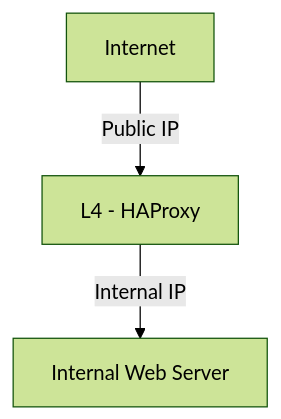
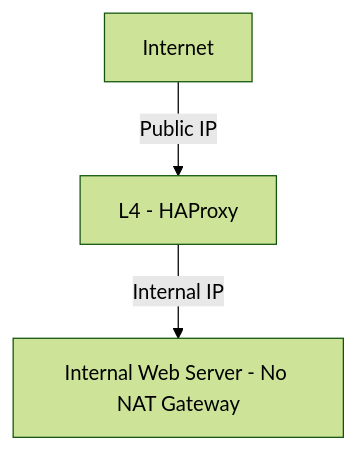
Before and after one commit to qubitsec/blog: the diagram in content/ko/tech/remove_nat_gateway.md, drawn with Mermaid (forest theme). The commit also changed other lines of this file, not shown here.

````diff
--- a/content/ko/tech/remove_nat_gateway.md
+++ b/content/ko/tech/remove_nat_gateway.md
@@ -26,5 +28,5 @@
 ```mermaid
 graph TD
     Internet --> |Public IP| HAProxy[L4 - HAProxy]
-    HAProxy --> |Internal IP| WebServer[Internal Web Server]
+    HAProxy --> |Internal IP| WebServer[Internal Web Server - No NAT Gateway]
 ```
````
